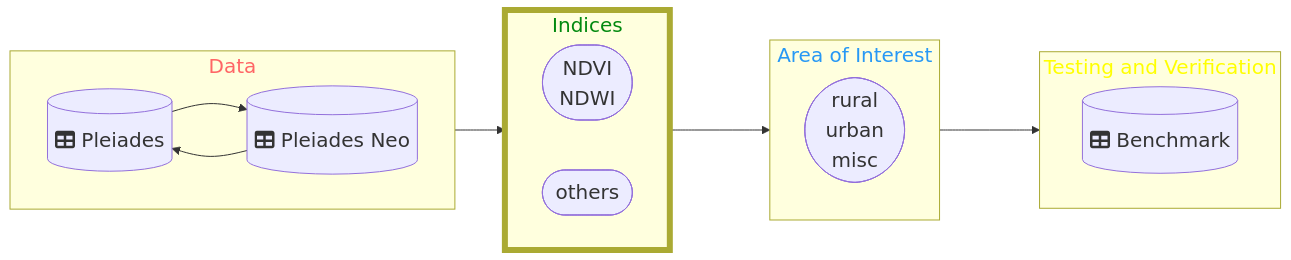
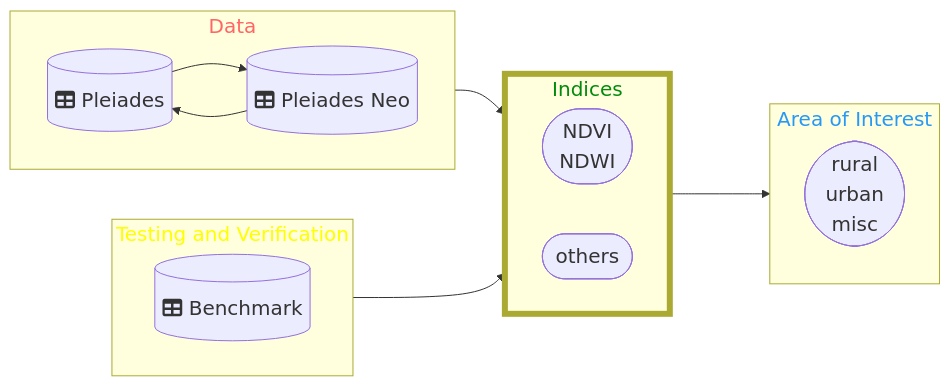
The diagram in Area-Features/README.md (DippoldEJ/Feature-Detection-and-Explanation), drawn with Mermaid before and after one commit.

````diff
--- a/Area-Features/README.md
+++ b/Area-Features/README.md
@@ -14,43 +14,43 @@
 ```mermaid
 flowchart LR;
 %%{init: {
 	'themeVariables': { 'fontSize': '20px', 'fontFamily': 'Didot'}
 	}
 }%%
 
  subgraph n[Data]
         direction LR
         h[(fa:fa-table Pleiades)]
         b[(fa:fa-table Pleiades Neo)]
     end
 
  subgraph q[Testing and Verification]
         direction LR
         r[(fa:fa-table Benchmark)]
     end
 
  subgraph o[Indices]
         direction LR
         j([NDVI <br /> NDWI])
         m([others])
     end
 
 subgraph p[Area of Interest]
     a([rural <br /> urban  <br />  misc])
     end
 
 style n color:#f66
 style o stroke-width:6px
 style o color:#028A0F
 style p color:#2798F5
 style q color:#FFFF00
 
 n-->o
 o-->p
-o-->q
+q-->o
 
 
 h-->b
 b-->h
 
 ```
````
